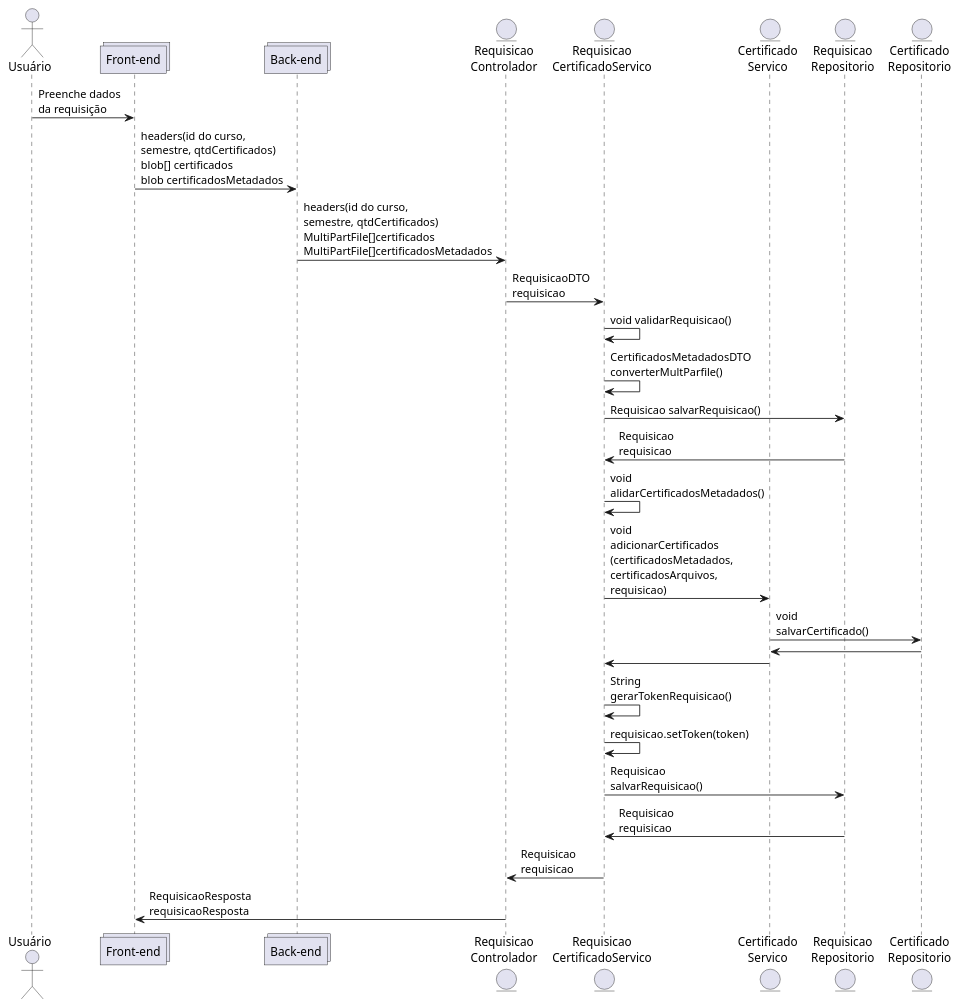
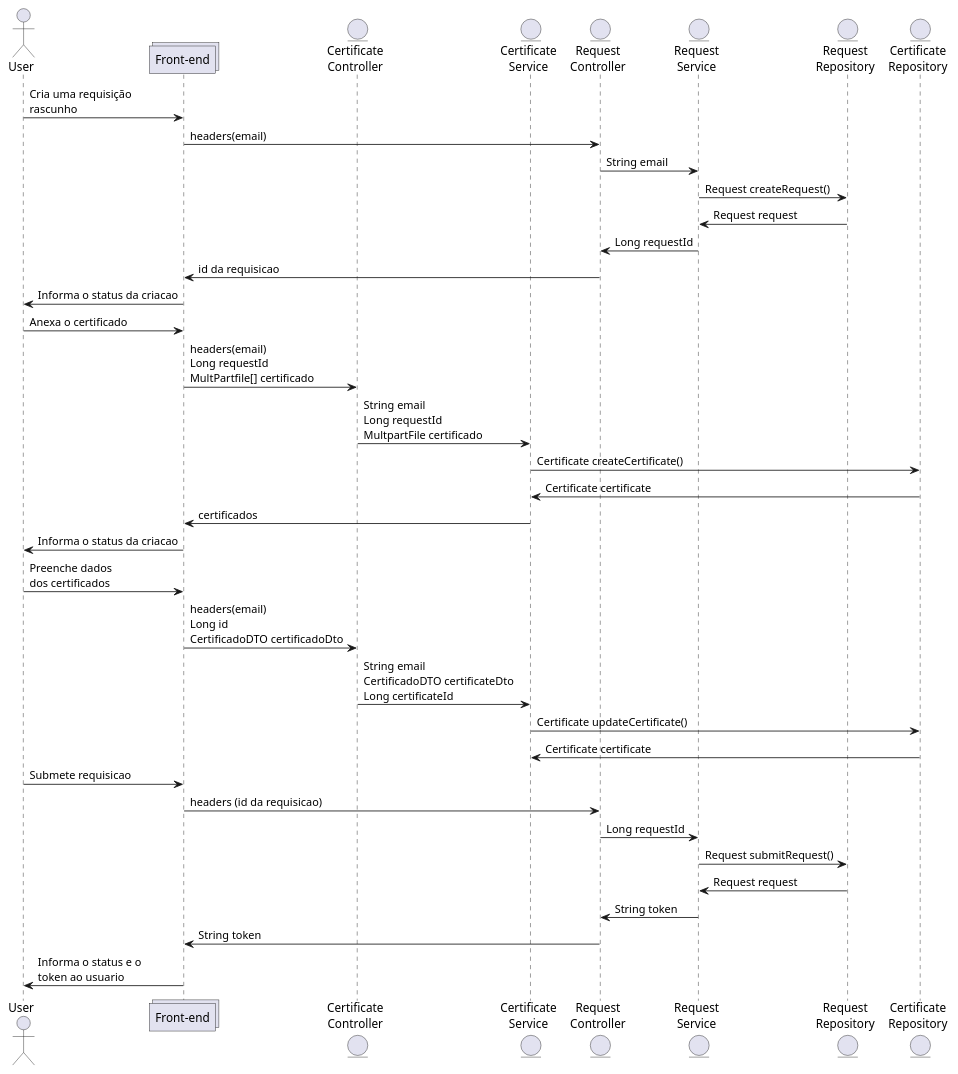
The diagram in docs_source/src/2. Níveis/2.4 Código - C4/2.4.4 Sequência/diagrama-c4.puml (kvojps/sistema-acs), drawn with PlantUML before and after one commit. The commit also changed 2 other files, not shown here.

Commit message:
[fix]: refactor c4 sequence diagram

```diff
--- a/docs_source/src/2. Níveis/2.4 Código - C4/2.4.4 Sequência/diagrama-c4.puml
+++ b/docs_source/src/2. Níveis/2.4 Código - C4/2.4.4 Sequência/diagrama-c4.puml
@@ -1,31 +1,42 @@
-@startuml sequencia
-    actor usuario as "Usuário"
+@startuml
+actor user as "User"
     collections front as "Front-end"
-    collections back as "Back-end"
-    entity controlador_req as "Requisicao\nControlador"
-    entity servico_req as "Requisicao\nCertificadoServico"
-    entity servico_cert as "Certificado\nServico"
-    entity repo_req as "Requisicao\nRepositorio"
-    entity repo_cert as "Certificado\nRepositorio"
+    entity controlador_cert as "Certificate\nController"
+    entity servico_cert as "Certificate\nService"
+    entity controlador_req as "Request\nController"
+    entity servico_req as "Request\nService"
+    entity repo_req as "Request\nRepository"
+    entity repo_cert as "Certificate\nRepository"
 
-    usuario -> front: Preenche dados\nda requisição
-    front -> back: headers(id do curso,\nsemestre, qtdCertificados)\nblob[] certificados\nblob certificadosMetadados
-    back -> controlador_req: headers(id do curso,\nsemestre, qtdCertificados)\nMultiPartFile[]certificados\nMultiPartFile[]certificadosMetadados
-    controlador_req -> servico_req: RequisicaoDTO\nrequisicao
-    servico_req -> servico_req: void validarRequisicao()
-    servico_req -> servico_req: CertificadosMetadadosDTO\nconverterMultParfile()
-    servico_req -> repo_req: Requisicao salvarRequisicao()
-    repo_req -> servico_req: Requisicao\nrequisicao
-    servico_req -> servico_req: void\nalidarCertificadosMetadados()
-    servico_req -> servico_cert: void\nadicionarCertificados\n(certificadosMetadados,\ncertificadosArquivos,\nrequisicao)
-    servico_cert -> repo_cert: void\nsalvarCertificado()
-    repo_cert -> servico_cert
-    servico_cert -> servico_req
-    servico_req -> servico_req: String\ngerarTokenRequisicao()
-    servico_req -> servico_req: requisicao.setToken(token)
-    servico_req -> repo_req: Requisicao\nsalvarRequisicao()
-    repo_req -> servico_req: Requisicao\nrequisicao
-    servico_req -> controlador_req: Requisicao\nrequisicao
-    controlador_req -> front: RequisicaoResposta\nrequisicaoResposta
+    user -> front: Cria uma requisição\nrascunho
+    front -> controlador_req: headers(email)
+    controlador_req -> servico_req: String email
+    servico_req -> repo_req: Request createRequest()
+    repo_req -> servico_req: Request request
+    servico_req -> controlador_req: Long requestId
+    controlador_req -> front: id da requisicao
+    front -> user: Informa o status da criacao
 
+    user -> front: Anexa o certificado
+    front-> controlador_cert: headers(email)\nLong requestId\nMultPartfile[] certificado
+    controlador_cert -> servico_cert: String email \nLong requestId \nMultpartFile certificado
+    servico_cert -> repo_cert: Certificate createCertificate()
+    repo_cert -> servico_cert: Certificate certificate
+    servico_cert -> front: certificados
+    front -> user: Informa o status da criacao
+
+    user -> front: Preenche dados \ndos certificados
+    front-> controlador_cert: headers(email) \nLong id \nCertificadoDTO certificadoDto
+    controlador_cert -> servico_cert: String email \nCertificadoDTO certificateDto \nLong certificateId
+    servico_cert -> repo_cert: Certificate updateCertificate()
+    repo_cert -> servico_cert: Certificate certificate
+
+    user-> front: Submete requisicao
+    front -> controlador_req: headers (id da requisicao)
+    controlador_req -> servico_req: Long requestId
+    servico_req -> repo_req: Request submitRequest()
+    repo_req -> servico_req: Request request
+    servico_req -> controlador_req: String token
+    controlador_req -> front: String token
+    front -> user: Informa o status e o \ntoken ao usuario
 @enduml
```
